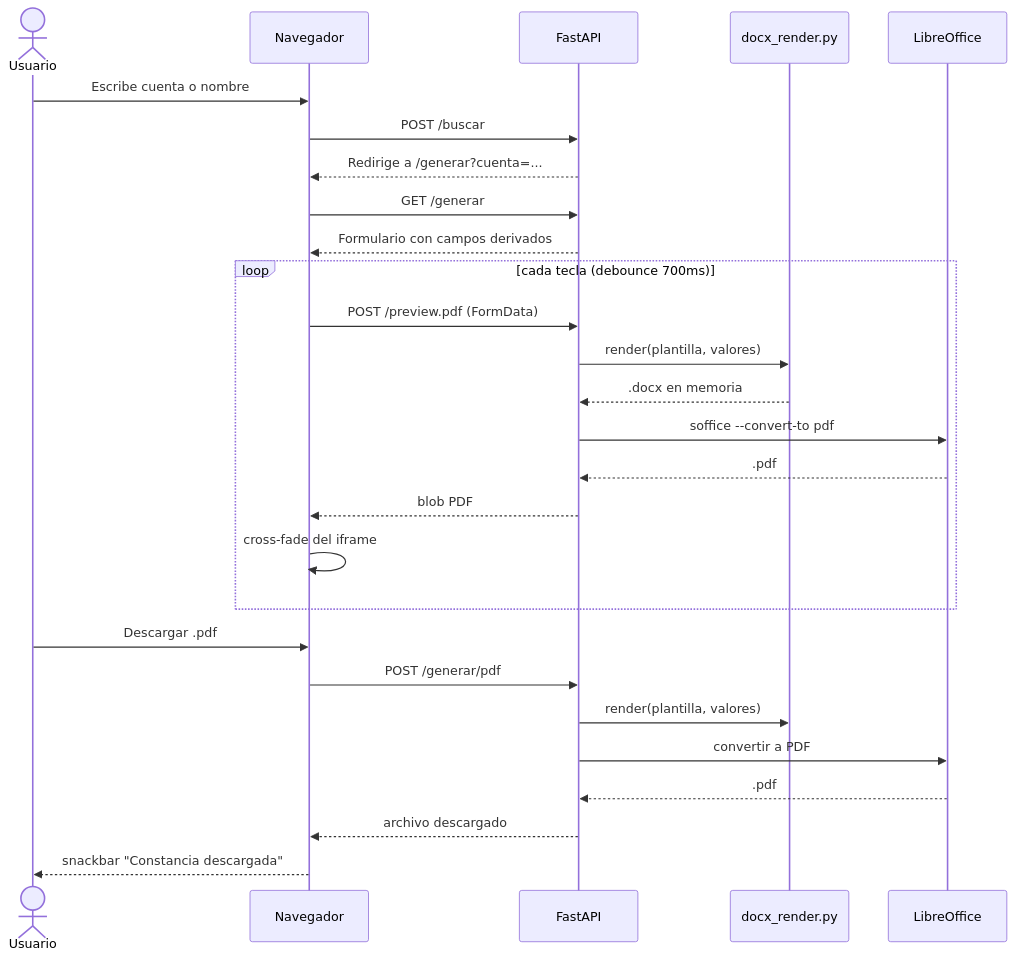
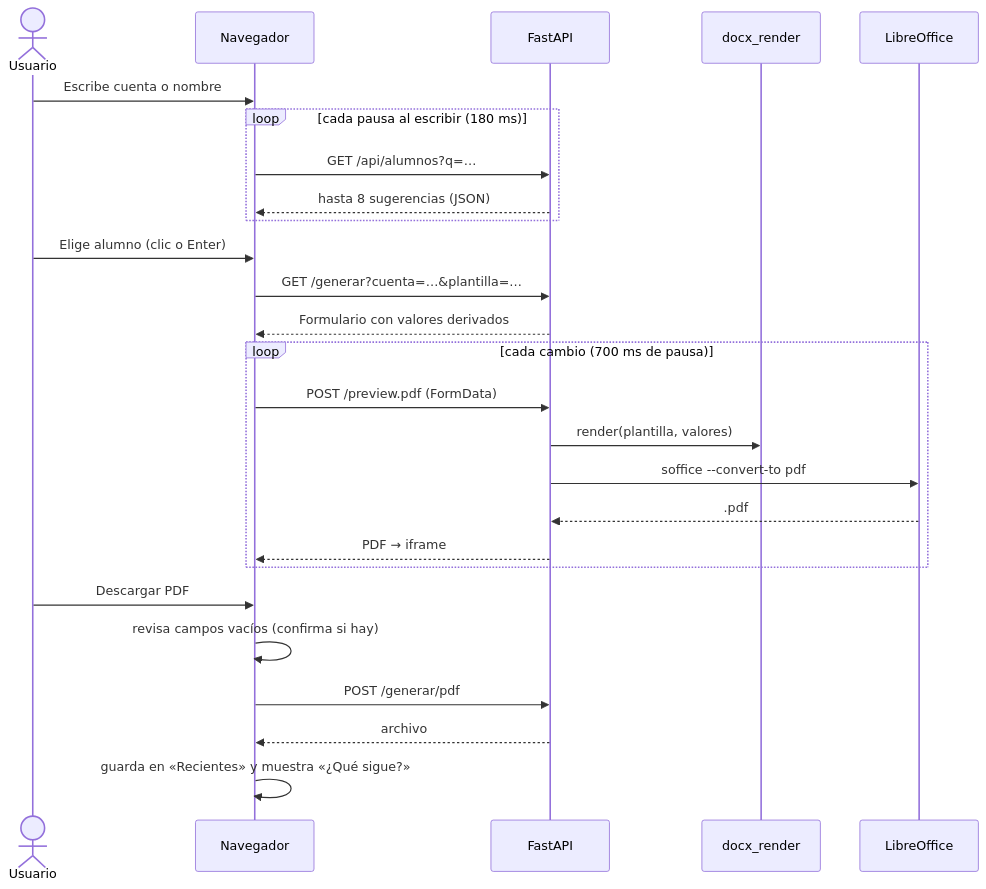
One commit to iamHN3Y/constancias-uaem-tianguistenco changed the third of 4 diagrams in docs/TECNICA.md. Above: the diagram before and after it, drawn with Mermaid. The commit also changed other lines of this file and 14 other files, not shown here.

````diff
--- a/docs/TECNICA.md
+++ b/docs/TECNICA.md
@@ -163,32 +267,31 @@
 ```mermaid
 sequenceDiagram
     actor U as Usuario
     participant B as Navegador
     participant S as FastAPI
-    participant D as docx_render.py
+    participant D as docx_render
     participant L as LibreOffice
 
     U->>B: Escribe cuenta o nombre
-    B->>S: POST /buscar
-    S-->>B: Redirige a /generar?cuenta=...
-    B->>S: GET /generar
-    S-->>B: Formulario con campos derivados
+    loop cada pausa al escribir (180 ms)
+        B->>S: GET /api/alumnos?q=…
+        S-->>B: hasta 8 sugerencias (JSON)
+    end
+    U->>B: Elige alumno (clic o Enter)
+    B->>S: GET /generar?cuenta=…&plantilla=…
+    S-->>B: Formulario con valores derivados
 
-    loop cada tecla (debounce 700ms)
+    loop cada cambio (700 ms de pausa)
         B->>S: POST /preview.pdf (FormData)
         S->>D: render(plantilla, valores)
-        D-->>S: .docx en memoria
         S->>L: soffice --convert-to pdf
         L-->>S: .pdf
-        S-->>B: blob PDF
-        B->>B: cross-fade del iframe
+        S-->>B: PDF → iframe
     end
 
-    U->>B: Descargar .pdf
+    U->>B: Descargar PDF
+    B->>B: revisa campos vacíos (confirma si hay)
     B->>S: POST /generar/pdf
-    S->>D: render(plantilla, valores)
-    S->>L: convertir a PDF
-    L-->>S: .pdf
-    S-->>B: archivo descargado
-    B-->>U: snackbar "Constancia descargada"
+    S-->>B: archivo
+    B->>B: guarda en «Recientes» y muestra «¿Qué sigue?»
 ```
````
